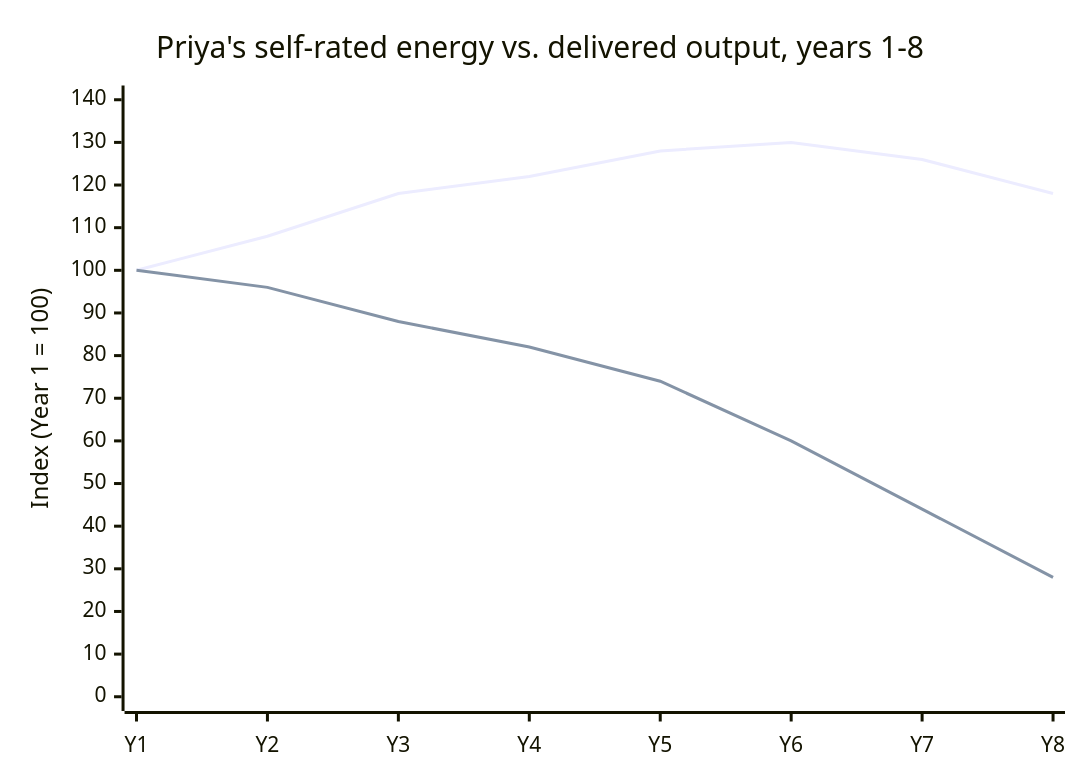
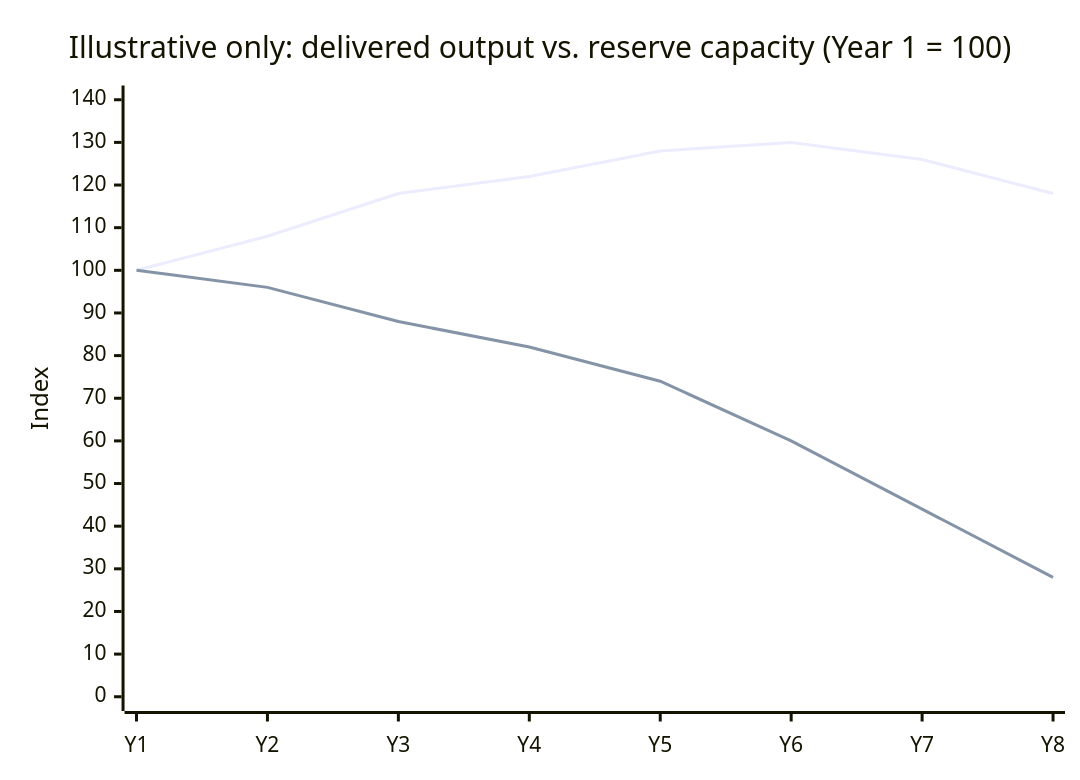
The diagram in src/content/sustainable-performance/long-horizon-sustainability/L3-deep-dive.mdx (francoandreDev/knowledge), drawn with Mermaid before and after one commit. The commit also changed other lines of this file and 16 other files, not shown here.

````diff
--- a/src/content/sustainable-performance/long-horizon-sustainability/L3-deep-dive.mdx
+++ b/src/content/sustainable-performance/long-horizon-sustainability/L3-deep-dive.mdx
@@ -65,8 +79,8 @@
 ```mermaid
 xychart-beta
-    title "Priya's self-rated energy vs. delivered output, years 1-8"
+    title "Illustrative only: delivered output vs. reserve capacity (Year 1 = 100)"
     x-axis [Y1, Y2, Y3, Y4, Y5, Y6, Y7, Y8]
-    y-axis "Index (Year 1 = 100)" 0 --> 140
+    y-axis "Index" 0 --> 140
     line "Delivered output" [100, 108, 118, 122, 128, 130, 126, 118]
-    line "Self-rated energy/reserve" [100, 96, 88, 82, 74, 60, 44, 28]
+    line "Reserve capacity" [100, 96, 88, 82, 74, 60, 44, 28]
 ```
````
